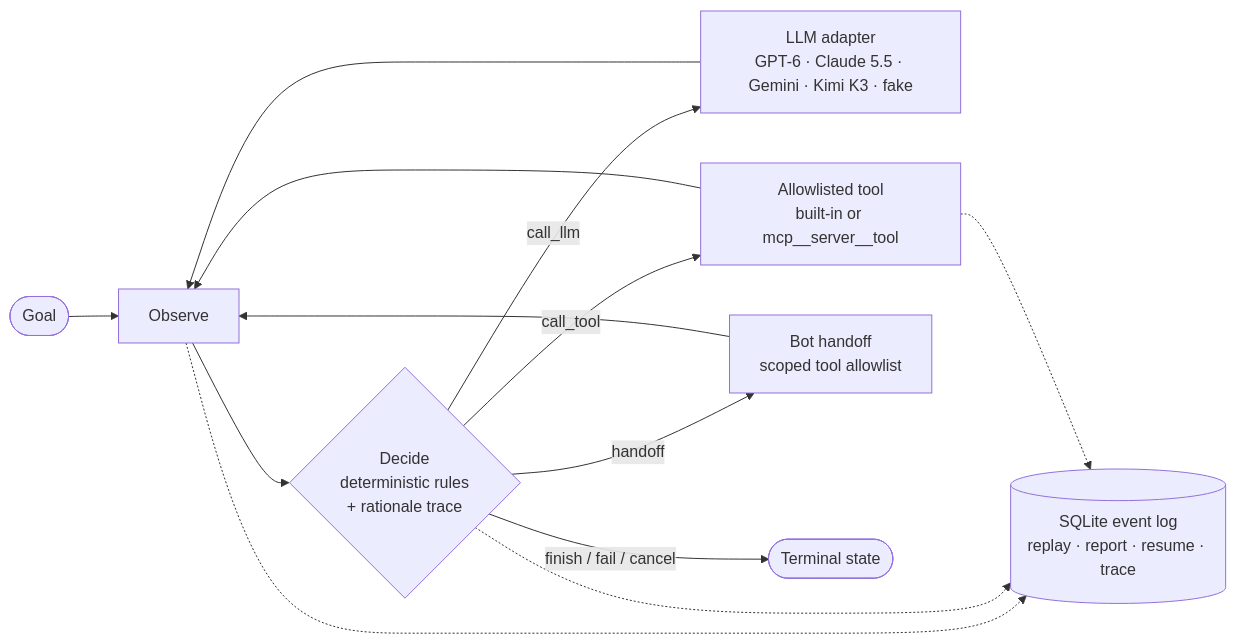
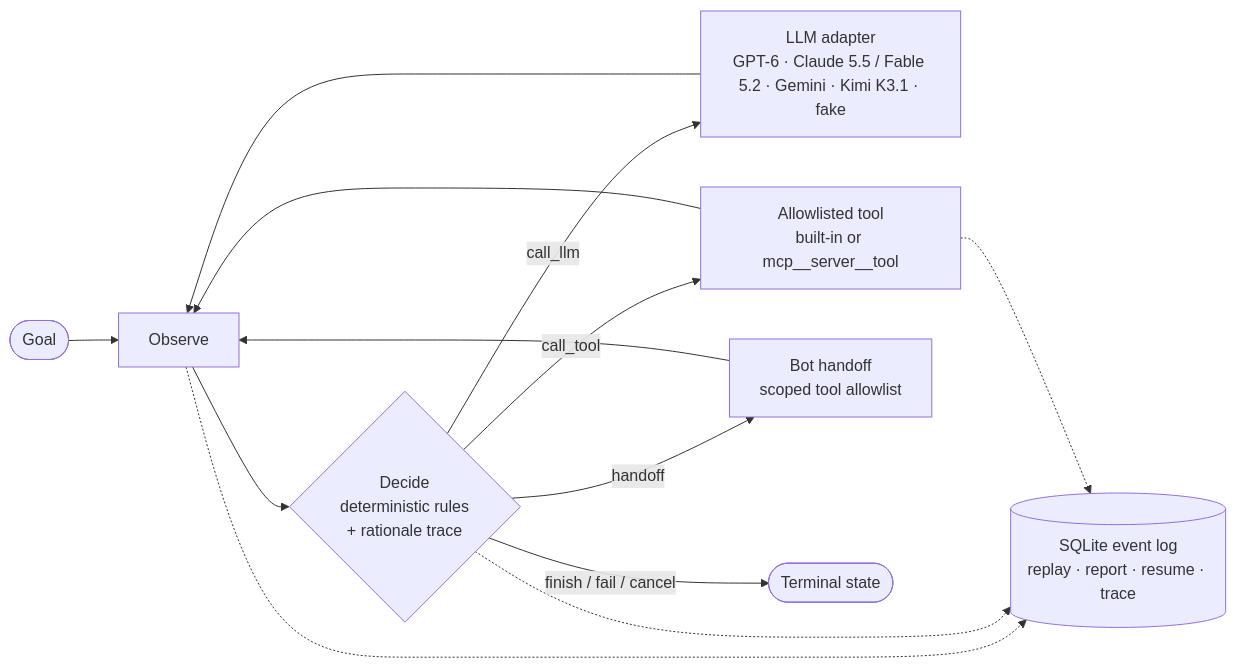
One commit to Francis1998/multi-bot-agentic changed the diagram in README.md. Above: the diagram before and after it, drawn with Mermaid. The commit also changed other lines of this file and 8 other files, not shown here.

First line of the commit message:
docs(models): refresh model stack to Claude Fable 5.2, Gemini 4 Hydrogen/Carbon, Kimi K3.1

````diff
--- a/README.md
+++ b/README.md
@@ -36,15 +37,15 @@
 ```mermaid
 flowchart LR
     goal([Goal]) --> observe[Observe]
     observe --> decide{"Decide<br/>deterministic rules<br/>+ rationale trace"}
-    decide -->|call_llm| llm["LLM adapter<br/>GPT-6 · Claude 5.5 · Gemini · Kimi K3 · fake"]
+    decide -->|call_llm| llm["LLM adapter<br/>GPT-6 · Claude 5.5 / Fable 5.2 · Gemini · Kimi K3.1 · fake"]
     decide -->|call_tool| tool["Allowlisted tool<br/>built-in or mcp__server__tool"]
     decide -->|handoff| bot["Bot handoff<br/>scoped tool allowlist"]
     decide -->|finish / fail / cancel| done([Terminal state])
     llm --> observe
     tool --> observe
     bot --> observe
     observe -.-> log[("SQLite event log<br/>replay · report · resume · trace")]
     decide -.-> log
     tool -.-> log
 ```
````
